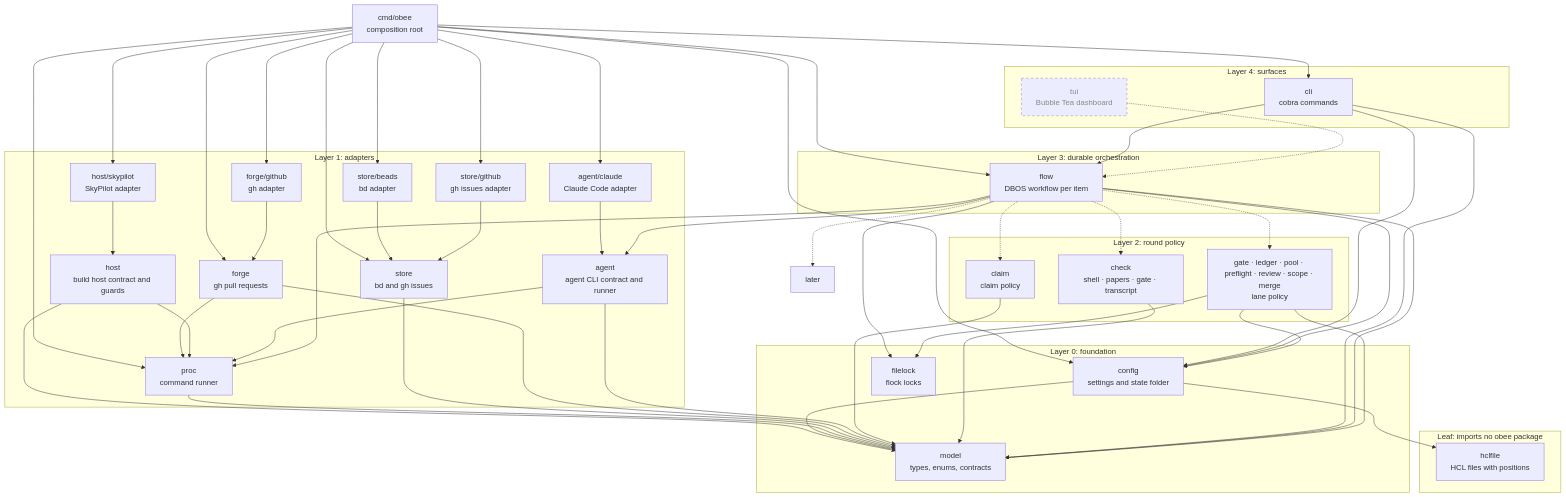
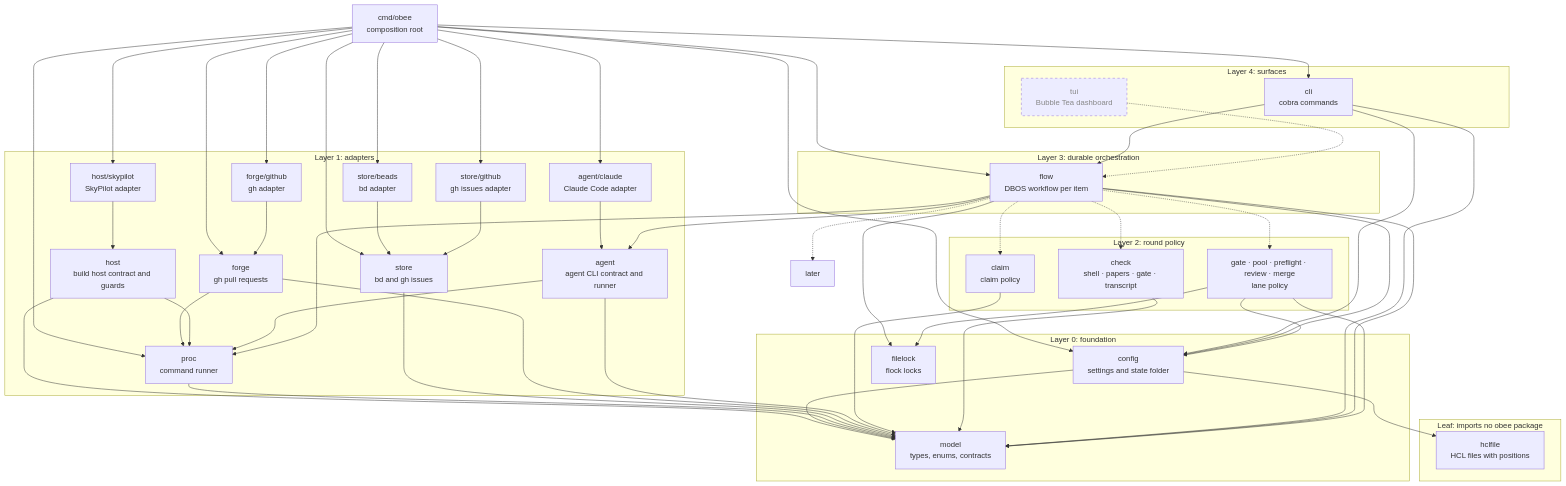
The first of 3 diagrams in docs/architecture.md (tobocop2/beehave), drawn with Mermaid before and after one commit. The commit also changed other lines of this file and 22 other files, not shown here.

First line of the commit message:
Move the lane ledger and the scope rule into remedy

```diff
--- a/docs/architecture.md
+++ b/docs/architecture.md
@@ -24,7 +24,7 @@
     subgraph L2["Layer 2: round policy"]
         claim["claim<br/>claim policy"]
         check["check<br/>shell · papers · gate · transcript"]
-        policy["gate · ledger · pool · preflight · review · scope · merge<br/>lane policy"]
+        policy["gate · pool · preflight · review · merge<br/>lane policy"]
     end
 
     subgraph L1["Layer 1: adapters"]
```
